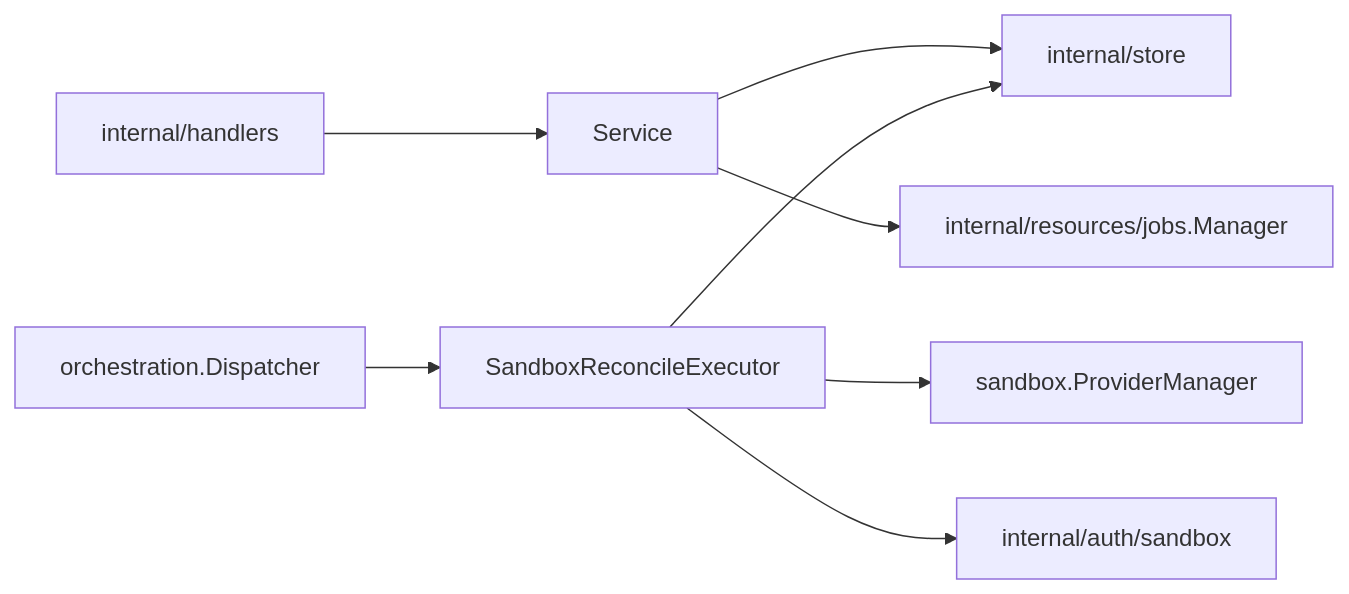
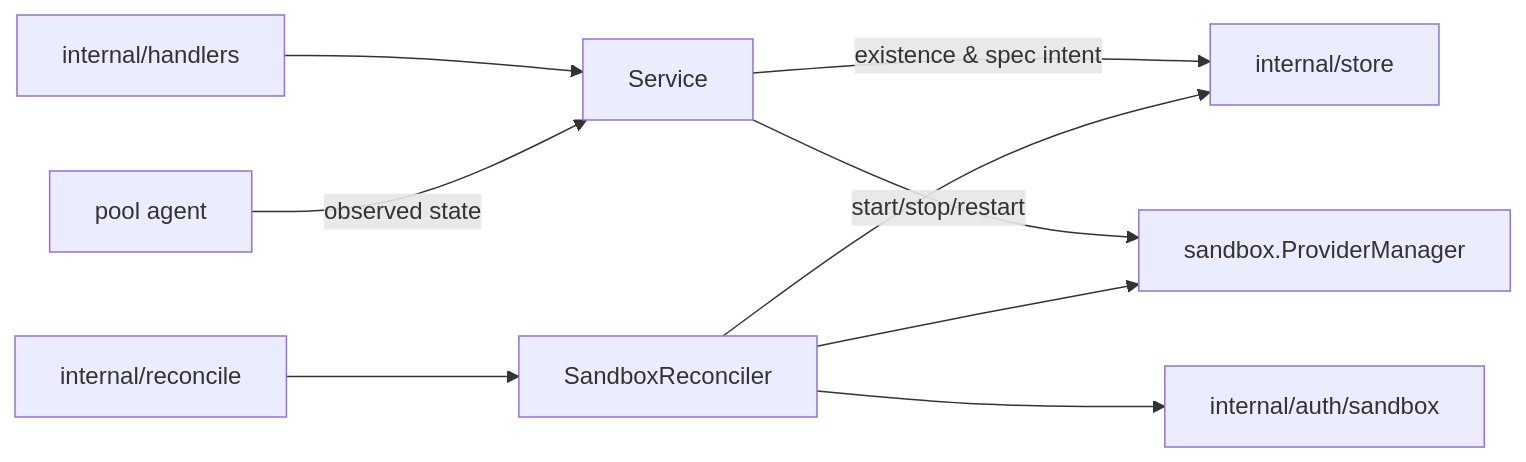
The first of 2 diagrams in server/internal/resources/sandboxes/DESIGN.md (discobox-ai/discobox), drawn with Mermaid before and after one commit. The commit also changed other lines of this file and 118 other files, not shown here.

````diff
--- a/server/internal/resources/sandboxes/DESIGN.md
+++ b/server/internal/resources/sandboxes/DESIGN.md
@@ -9,10 +9,11 @@
 ```mermaid
 flowchart LR
     api[internal/handlers] --> service[Service]
-    service --> store[internal/store]
-    service --> jobs[internal/resources/jobs.Manager]
-    dispatcher[orchestration.Dispatcher] --> executor[SandboxReconcileExecutor]
-    executor --> store
-    executor --> providers[sandbox.ProviderManager]
-    executor --> auth[internal/auth/sandbox]
+    service -->|"existence & spec intent"| store[internal/store]
+    service -->|"start/stop/restart"| providers[sandbox.ProviderManager]
+    engine[internal/reconcile] --> reconciler[SandboxReconciler]
+    reconciler --> store
+    reconciler --> providers
+    reconciler --> auth[internal/auth/sandbox]
+    agent[pool agent] -->|"observed state"| service
 ```
````
